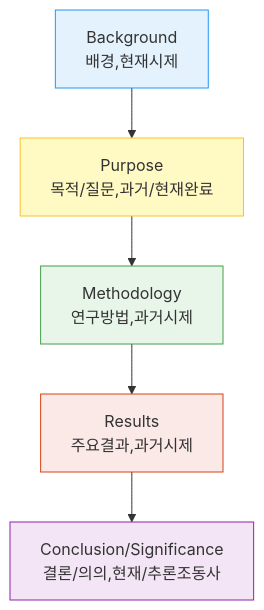
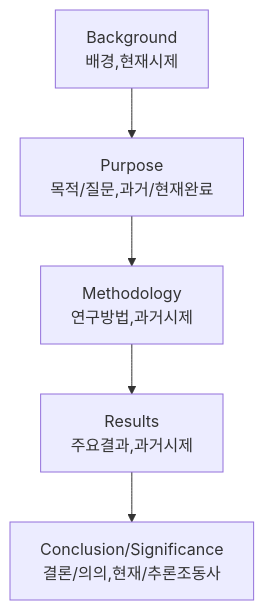
Before and after one commit to gracefullight/gracefullight.github.io: the diagram in blog/2025/07/31/writing-abstracts.md, drawn with Mermaid.

Commit message:
docs: 📚️ writing abstracts

````diff
--- a/blog/2025/07/31/writing-abstracts.md
+++ b/blog/2025/07/31/writing-abstracts.md
@@ -13,13 +13,7 @@
 ```mermaid
 flowchart TD
     B[Background<br>배경,현재시제] --> P[Purpose<br>목적/질문,과거/현재완료]
     P --> M[Methodology<br>연구방법,과거시제]
     M --> R[Results<br>주요결과,과거시제]
     R --> C[Conclusion/Significance<br>결론/의의,현재/추론조동사]
-
-    style B fill:#E3F2FD,stroke:#2196F3
-    style P fill:#FFF9C4,stroke:#FBC02D
-    style M fill:#E8F5E9,stroke:#43A047
-    style R fill:#FBE9E7,stroke:#D84315
-    style C fill:#F3E5F5,stroke:#8E24AA
 ```
````
